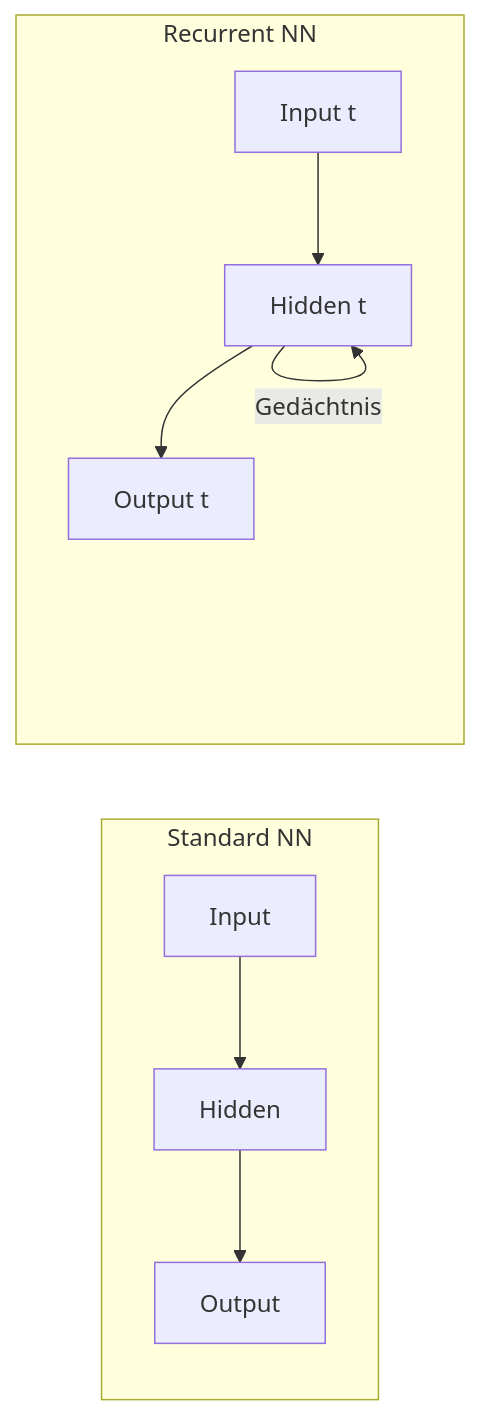
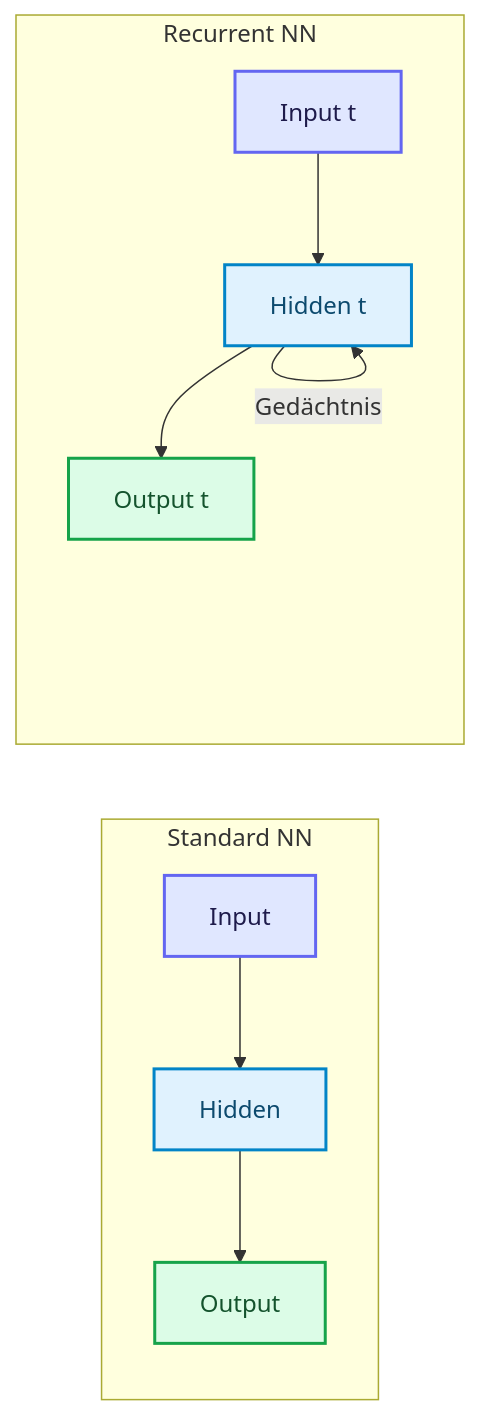
Before and after one commit to ralf-42/ML_Intro: the seventh of 12 diagrams in docs/concepts/modeling/spezielle-neuronale-netze.md, drawn with Mermaid. The commit also changed other lines of this file and 49 other files, not shown here.

````diff
--- a/docs/concepts/modeling/spezielle-neuronale-netze.md
+++ b/docs/concepts/modeling/spezielle-neuronale-netze.md
@@ -398,12 +425,19 @@
 ```mermaid
 flowchart LR
     subgraph Standard["Standard NN"]
         I1["Input"] --> H1["Hidden"] --> O1["Output"]
     end
     
     subgraph RNN["Recurrent NN"]
         I2["Input t"] --> H2["Hidden t"]
         H2 --> O2["Output t"]
         H2 --> |"Gedächtnis"| H2
     end
+
+    classDef default fill:#e0f2fe,stroke:#0284c7,stroke-width:2px,color:#0c4a6e;
+    classDef input fill:#e0e7ff,stroke:#6366f1,stroke-width:2px,color:#1e1b4b;
+    classDef output fill:#dcfce7,stroke:#16a34a,stroke-width:2px,color:#14532d;
+
+    class I1,I2 input;
+    class O1,O2 output;
 ```
````
